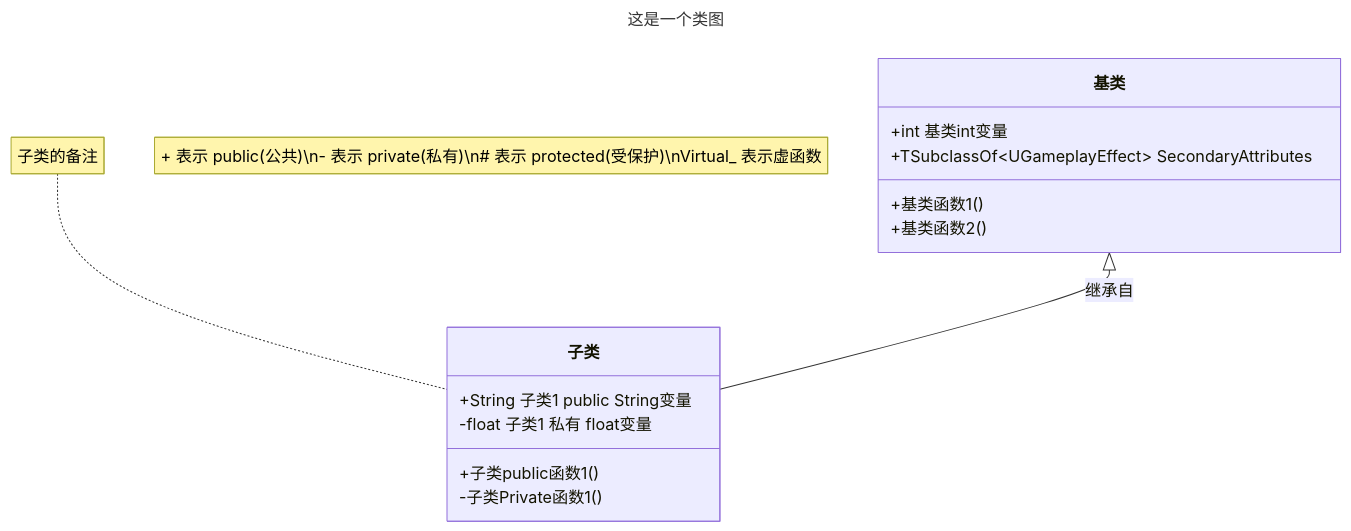
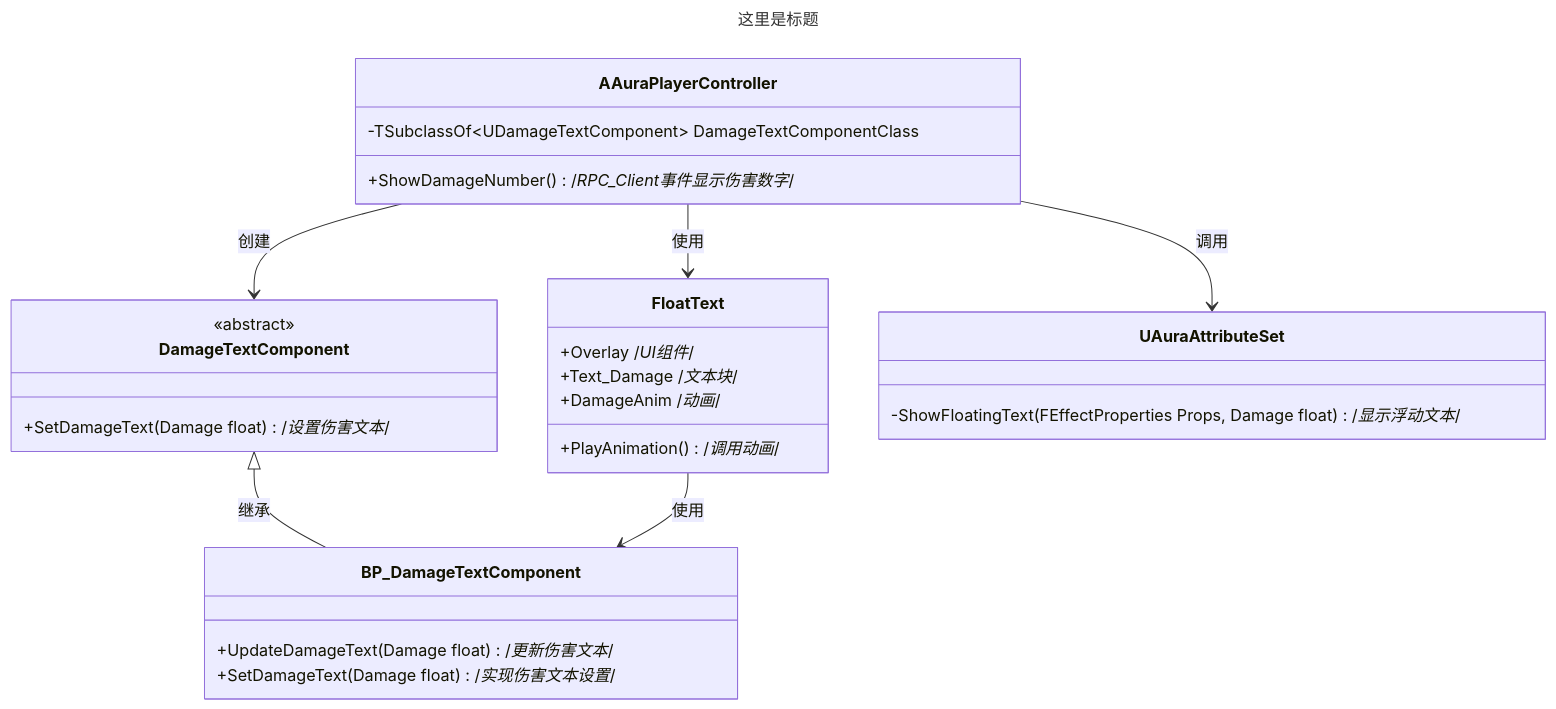
Before and after one commit to liyunlong618/LiYunLongKnowledgeLibrary: the seventh of 9 diagrams in Mermaid格式参考.md, drawn with Mermaid. The commit also changed other lines of this file, not shown here.

Commit message:
更新 Mermaid格式参考.md

````diff
--- a/Mermaid格式参考.md
+++ b/Mermaid格式参考.md
@@ -177,26 +177,38 @@
 ```mermaid
 ---
-title: 这是一个类图
+title: 这里是标题
 ---
 classDiagram
 direction TB
+    class FloatText {
+        +Overlay /*UI组件*/
+        +Text_Damage /*文本块*/
+        +DamageAnim /*动画*/
+        +PlayAnimation() /*调用动画*/
+    }
 
-	note"+ 表示 public(公共)\n- 表示 private(私有)\n# 表示 protected(受保护)\nVirtual_ 表示虚函数"
-    
-    class 基类{
-        +int 基类int变量
-        +TSubclassOf&lt;UGameplayEffect&gt; SecondaryAttributes
-        +基类函数1()
-        +基类函数2()
-        }
+    class DamageTextComponent {
+        <<abstract>>
+        +SetDamageText(Damage float)/*设置伤害文本*/
+    }
 
-    class 子类{
-        +String 子类1 public String变量
-        -float 子类1 私有 float变量
-        +子类public函数1()
-        -子类Private函数1()
-        }
-        
-        基类 <|--子类:继承自
-        note for 子类 "子类的备注"
+    class BP_DamageTextComponent {
+        +UpdateDamageText(Damage float) /*更新伤害文本*/
+        +SetDamageText(Damage float) /*实现伤害文本设置*/
+    }
+
+    class AAuraPlayerController {
+        -TSubclassOf&lt;UDamageTextComponent&gt DamageTextComponentClass
+        +ShowDamageNumber()/*RPC_Client事件显示伤害数字*/
+    }
+
+    class UAuraAttributeSet {
+        -ShowFloatingText(FEffectProperties Props, Damage float) /*显示浮动文本*/
+    }
+
+    AAuraPlayerController --> DamageTextComponent : 创建
+    AAuraPlayerController --> UAuraAttributeSet : 调用
+    DamageTextComponent <|-- BP_DamageTextComponent : 继承
+    FloatText --> BP_DamageTextComponent : 使用
+    AAuraPlayerController --> FloatText : 使用
 ```
````
